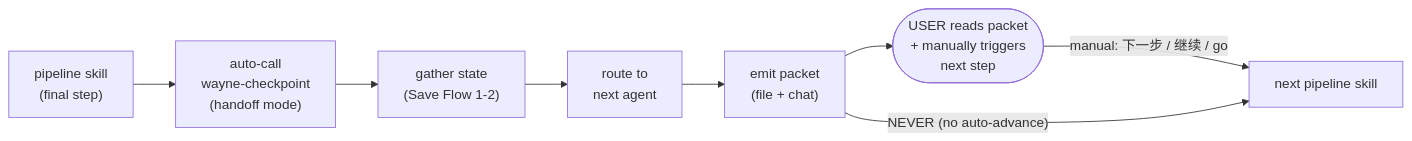
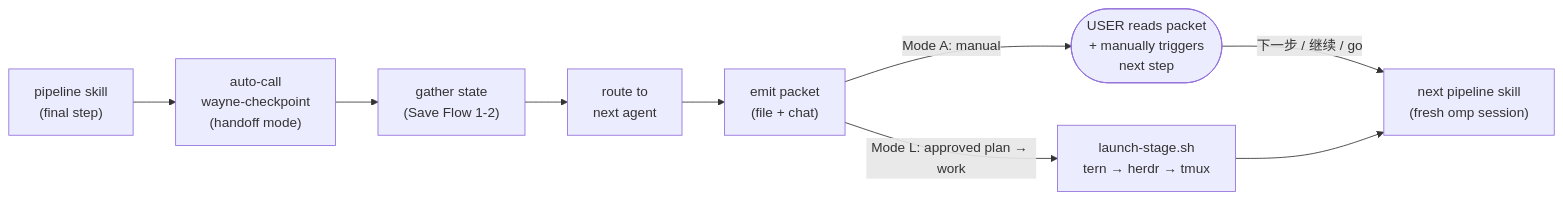
One commit to waynejing995/wayne-taste changed the diagram in wayne-checkpoint/SKILL.md. Above: the diagram before and after it, drawn with Mermaid. The commit also changed other lines of this file and 8 other files, not shown here.

First line of the commit message:
feat:/wayne-plan - review once, auto-approve, launch wayne-work in a new session

````diff
--- a/wayne-checkpoint/SKILL.md
+++ b/wayne-checkpoint/SKILL.md
@@ -245,14 +251,17 @@
 ```mermaid
 flowchart LR
     stage["pipeline skill<br/>(final step)"]
     invoke["auto-call<br/>wayne-checkpoint<br/>(handoff mode)"]
     gather["gather state<br/>(Save Flow 1-2)"]
     route["route to<br/>next agent"]
     emit["emit packet<br/>(file + chat)"]
     user(["USER reads packet<br/>+ manually triggers<br/>next step"])
-    next["next pipeline skill"]
+    launch["launch-stage.sh<br/>tern → herdr → tmux"]
+    next["next pipeline skill<br/>(fresh omp session)"]
 
-    stage --> invoke --> gather --> route --> emit --> user
-    user -->|"manual: 下一步 / 继续 / go"| next
-    emit -->|"NEVER (no auto-advance)"| next
+    stage --> invoke --> gather --> route --> emit
+    emit -->|"Mode A: manual"| user
+    emit -->|"Mode L: approved plan → work"| launch
+    user -->|"下一步 / 继续 / go"| next
+    launch --> next
 ```
````
